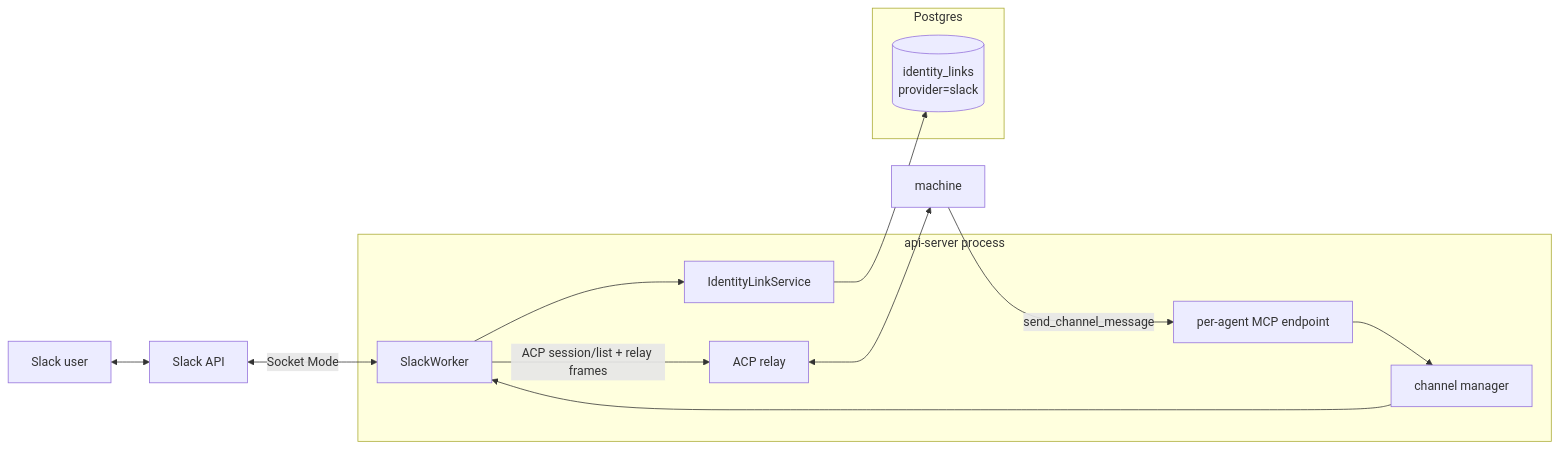
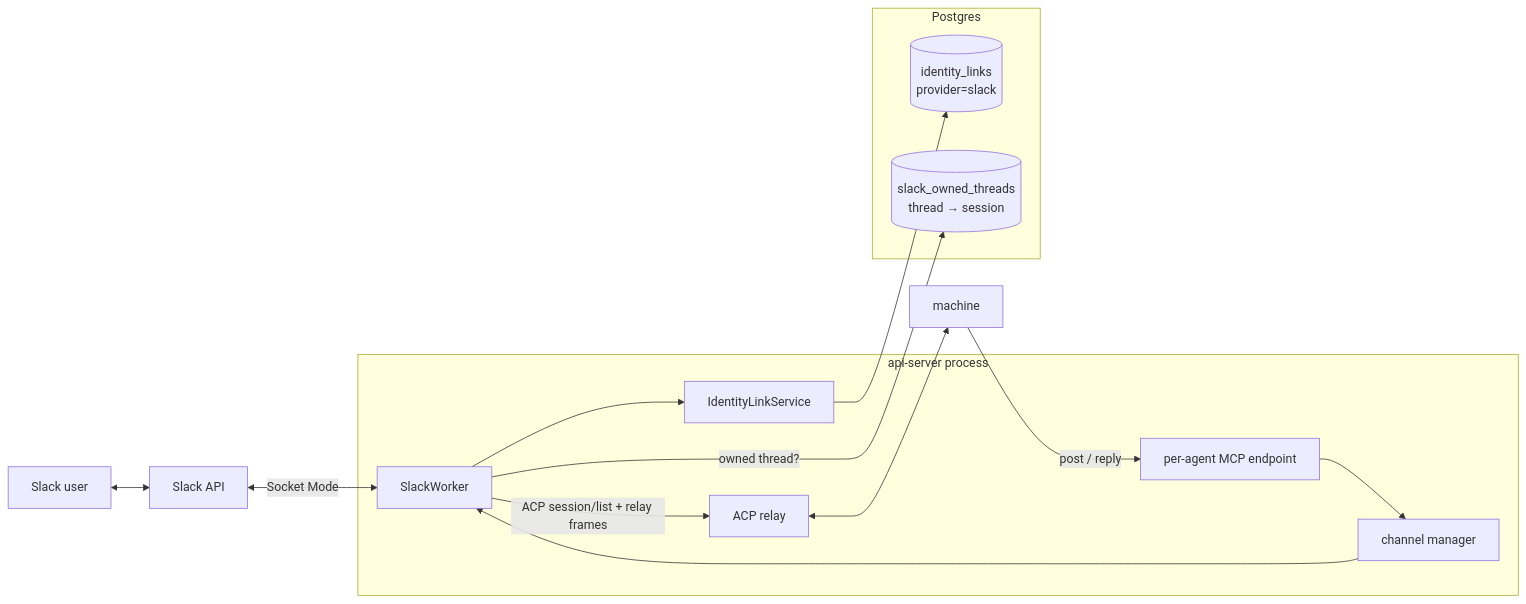
The first of 2 diagrams in docs/architecture/channels.md (dam-agents/dam), drawn with Mermaid before and after one commit. The commit also changed other lines of this file and 6 other files, not shown here.

Commit message:
docs(channels): a session owns the Slack threads it starts (ADR-129)

````diff
--- a/docs/architecture/channels.md
+++ b/docs/architecture/channels.md
@@ -131,29 +132,31 @@
 ```mermaid
 flowchart LR
   SU[Slack user]
   SAPI[Slack API]
 
   subgraph api-server[api-server process]
     CM[channel manager]
     SW[SlackWorker]
     IL[IdentityLinkService]
     MCP[per-agent MCP endpoint]
     REL[ACP relay]
   end
 
   subgraph DB[Postgres]
     LNK[(identity_links<br/>provider=slack)]
+    OWN[(slack_owned_threads<br/>thread → session)]
   end
 
   POD[machine]
 
   SU <--> SAPI
   SAPI <-- Socket Mode --> SW
   CM --> SW
   SW --> IL
   IL --> LNK
+  SW -- owned thread? --> OWN
   SW -- ACP session/list + relay frames --> REL
   REL <--> POD
-  POD -- send_channel_message --> MCP
+  POD -- post / reply --> MCP
   MCP --> CM
 ```
````
